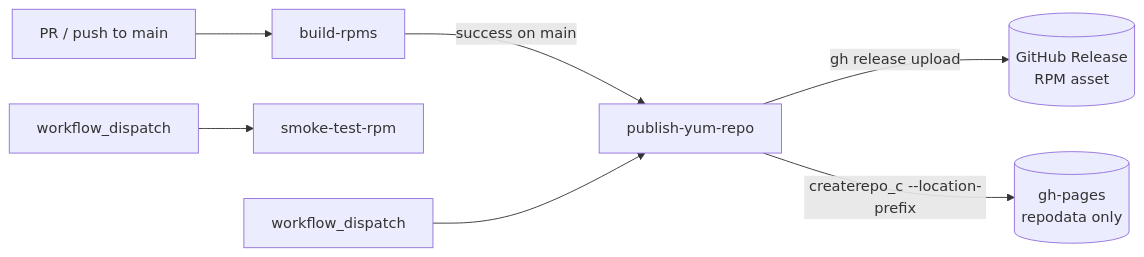
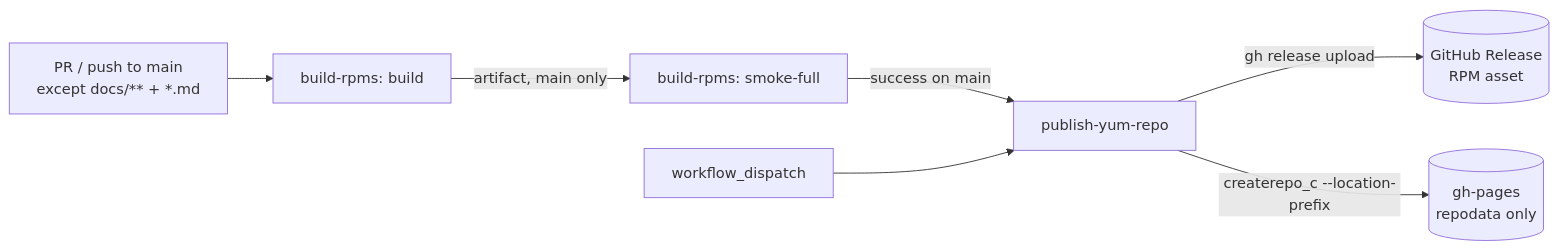
Before and after one commit to duynhlab/packages: the second of 2 diagrams in docs/build.md, drawn with Mermaid. The commit also changed other lines of this file and 4 other files, not shown here.

First line of the commit message:
ci: merge smoke-test-rpm into build-rpms, skip docs-only triggers

````diff
--- a/docs/build.md
+++ b/docs/build.md
@@ -131,9 +131,9 @@
 ```mermaid
 flowchart LR
-  PR[PR / push to main] --> B[build-rpms]
-  B -->|success on main| P[publish-yum-repo]
+  PR[PR / push to main<br/>except docs/** + *.md] --> B[build-rpms: build]
+  B -->|artifact, main only| S[build-rpms: smoke-full]
+  S -->|success on main| P[publish-yum-repo]
   P -->|gh release upload| REL[(GitHub Release<br/>RPM asset)]
   P -->|createrepo_c --location-prefix| GH[(gh-pages<br/>repodata only)]
-  MAN1[workflow_dispatch] --> S[smoke-test-rpm]
   MAN2[workflow_dispatch] --> P
 ```
````
